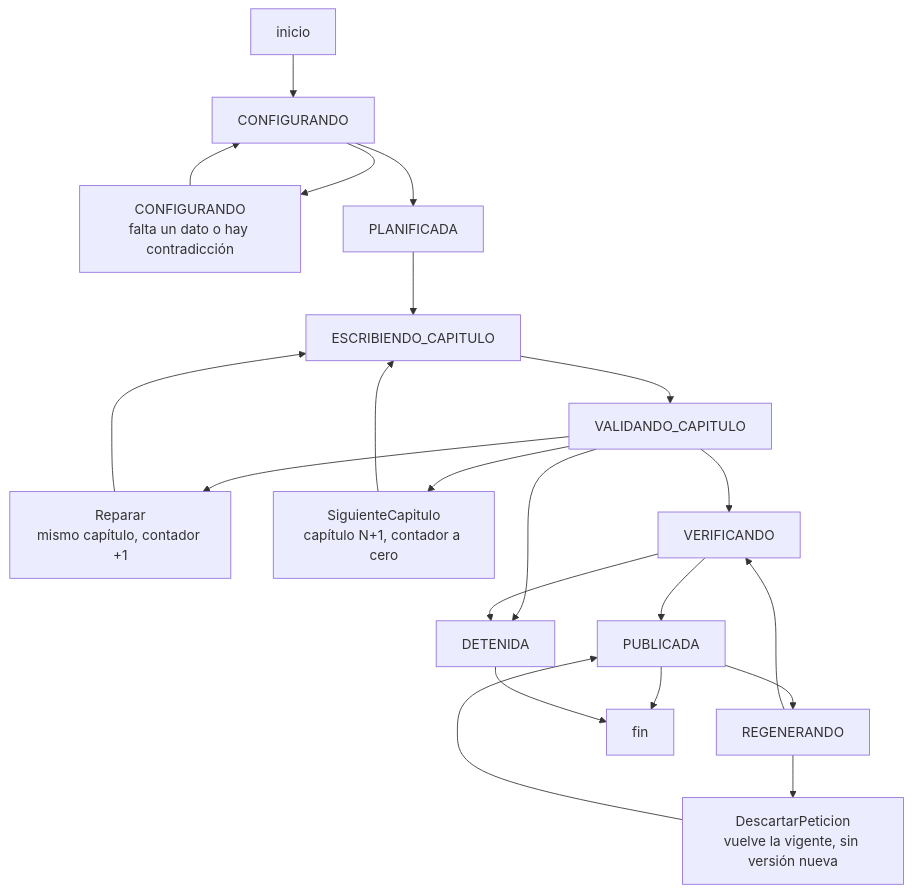
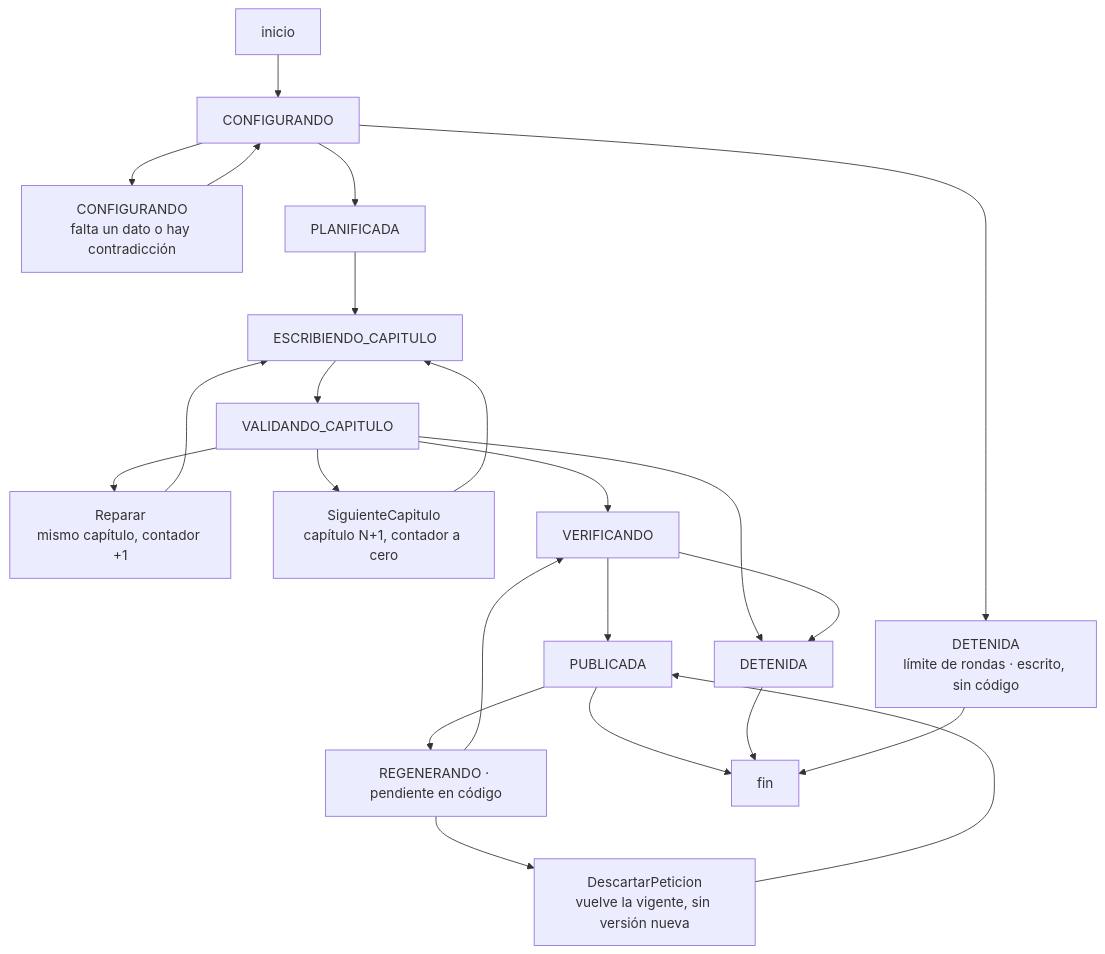
The fifth of 8 diagrams in docs/proceso/diagramas.md (maujimenez4/ciberpunk-storymaker), drawn with Mermaid before and after one commit. The commit also changed other lines of this file and 2 other files, not shown here.

````diff
--- a/docs/proceso/diagramas.md
+++ b/docs/proceso/diagramas.md
@@ -123,23 +241,25 @@
 ```mermaid
 flowchart TD
   INI["inicio"] --> CFG["CONFIGURANDO"]
   CFG --> CFG2["CONFIGURANDO<br/>falta un dato o hay contradicción"]
   CFG2 --> CFG
   CFG --> PLAN["PLANIFICADA"]
+  CFG --> DETC["DETENIDA<br/>límite de rondas · escrito, sin código"]
   PLAN --> ESCR["ESCRIBIENDO_CAPITULO"]
   ESCR --> VALI["VALIDANDO_CAPITULO"]
   VALI --> ESCR2["Reparar<br/>mismo capítulo, contador +1"]
   ESCR2 --> ESCR
   VALI --> SIG["SiguienteCapitulo<br/>capítulo N+1, contador a cero"]
   SIG --> ESCR
   VALI --> DET["DETENIDA"]
   VALI --> VER["VERIFICANDO"]
   VER --> PUB["PUBLICADA"]
   VER --> DET
-  PUB --> REG["REGENERANDO"]
+  PUB --> REG["REGENERANDO · pendiente en código"]
   REG --> VER
   REG --> DESC["DescartarPeticion<br/>vuelve la vigente, sin versión nueva"]
   DESC --> PUB
   PUB --> FIN["fin"]
   DET --> FIN
+  DETC --> FIN
 ```
````
